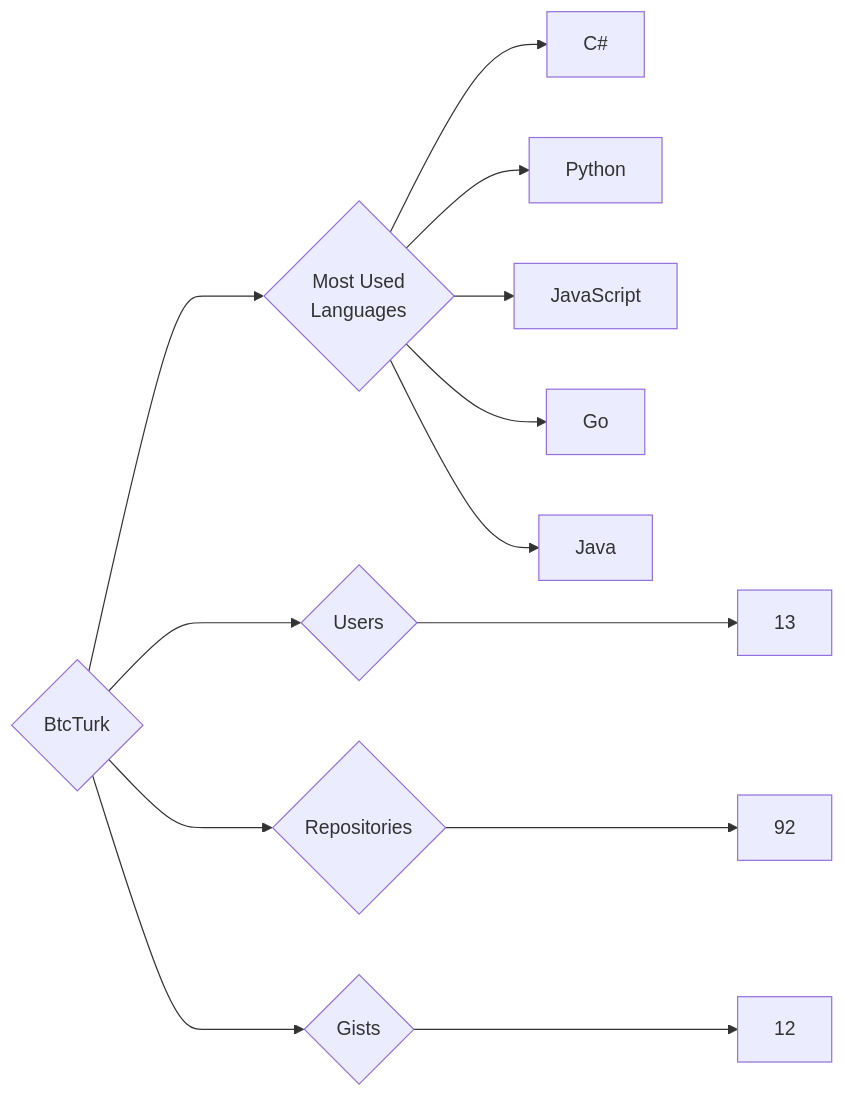
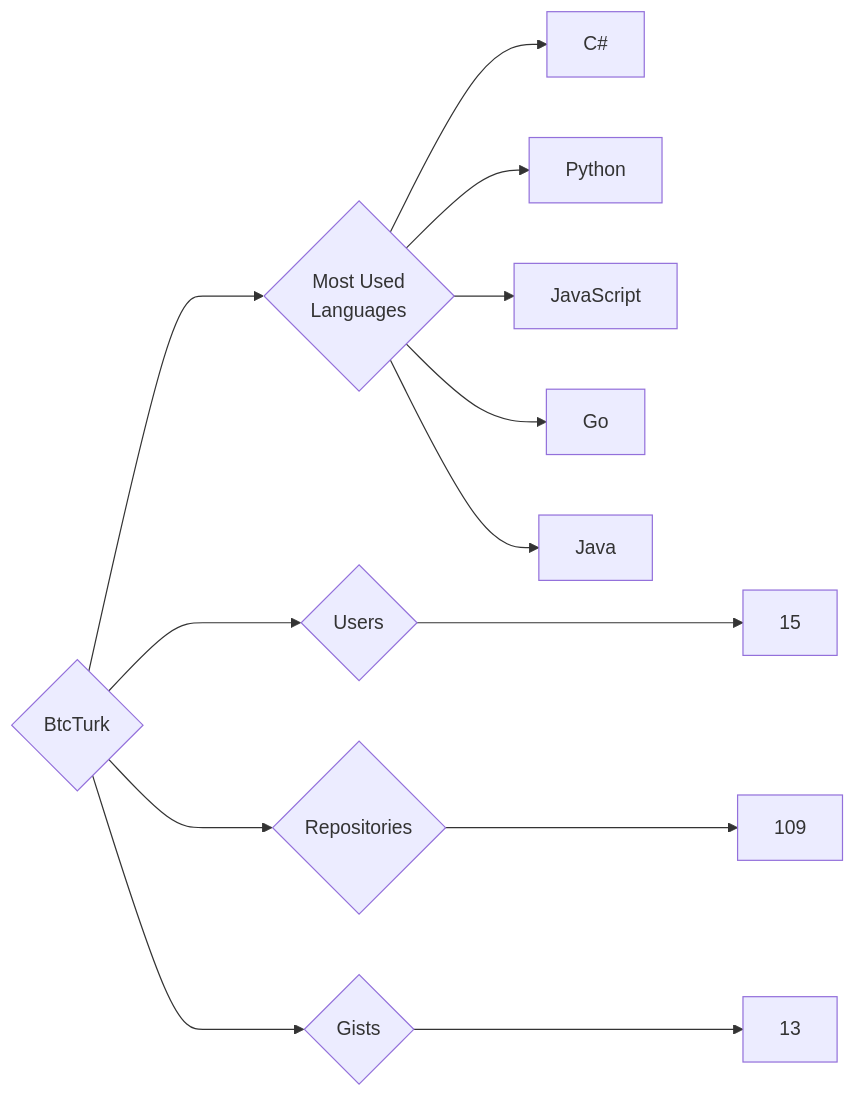
Before and after one commit to trickest/insiders: the diagram in targets/BtcTurk/README.md, drawn with Mermaid. The commit also changed 894 other files, not shown here.

````diff
--- a/targets/BtcTurk/README.md
+++ b/targets/BtcTurk/README.md
@@ -3,13 +3,13 @@
 ```mermaid
 graph LR
 COMPANY_NAME{BtcTurk}
-COMPANY_NAME ---> U{Users} ---> UN[13]
-COMPANY_NAME ---> R{Repositories} ---> RN[92]
-COMPANY_NAME ---> G{Gists} ---> GN[12]
+COMPANY_NAME ---> U{Users} ---> UN[15]
+COMPANY_NAME ---> R{Repositories} ---> RN[109]
+COMPANY_NAME ---> G{Gists} ---> GN[13]
 COMPANY_NAME ---> ML{Most Used<br>Languages}
 ML --> C#[C#]
 ML --> Python[Python]
 ML --> JavaScript[JavaScript]
 ML --> Go[Go]
 ML --> Java[Java]
 ```
````
